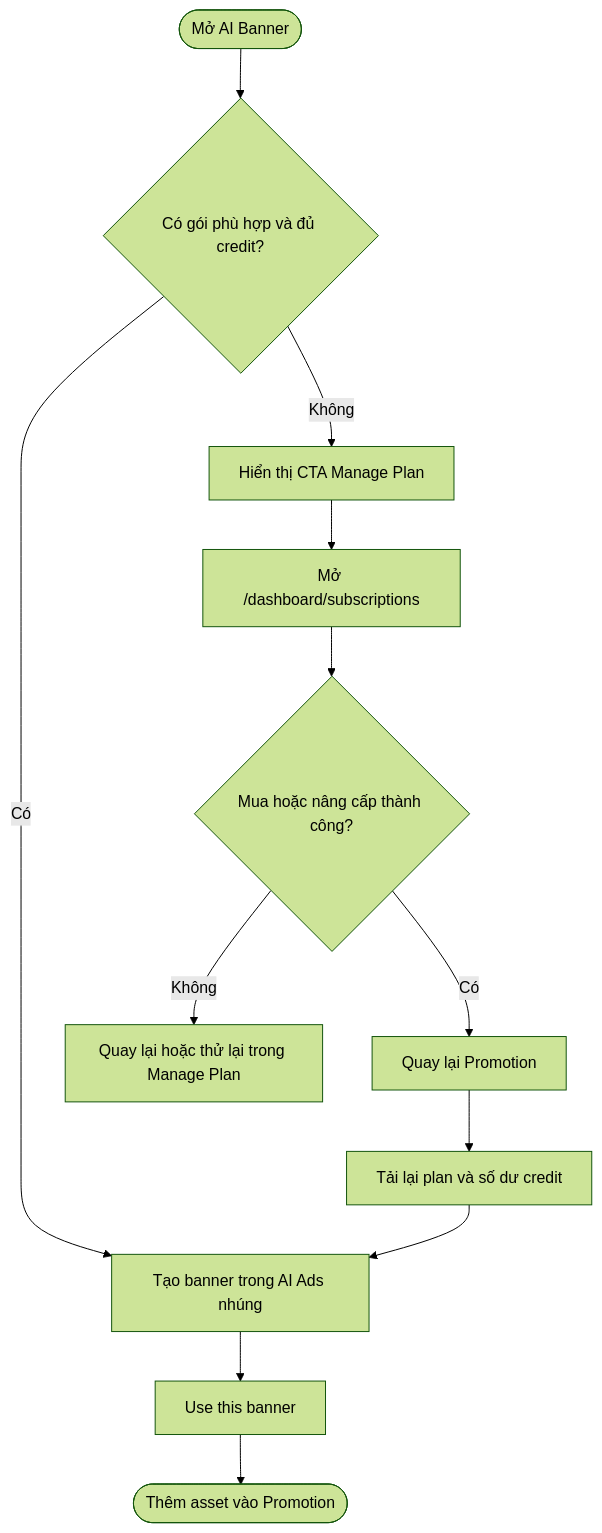
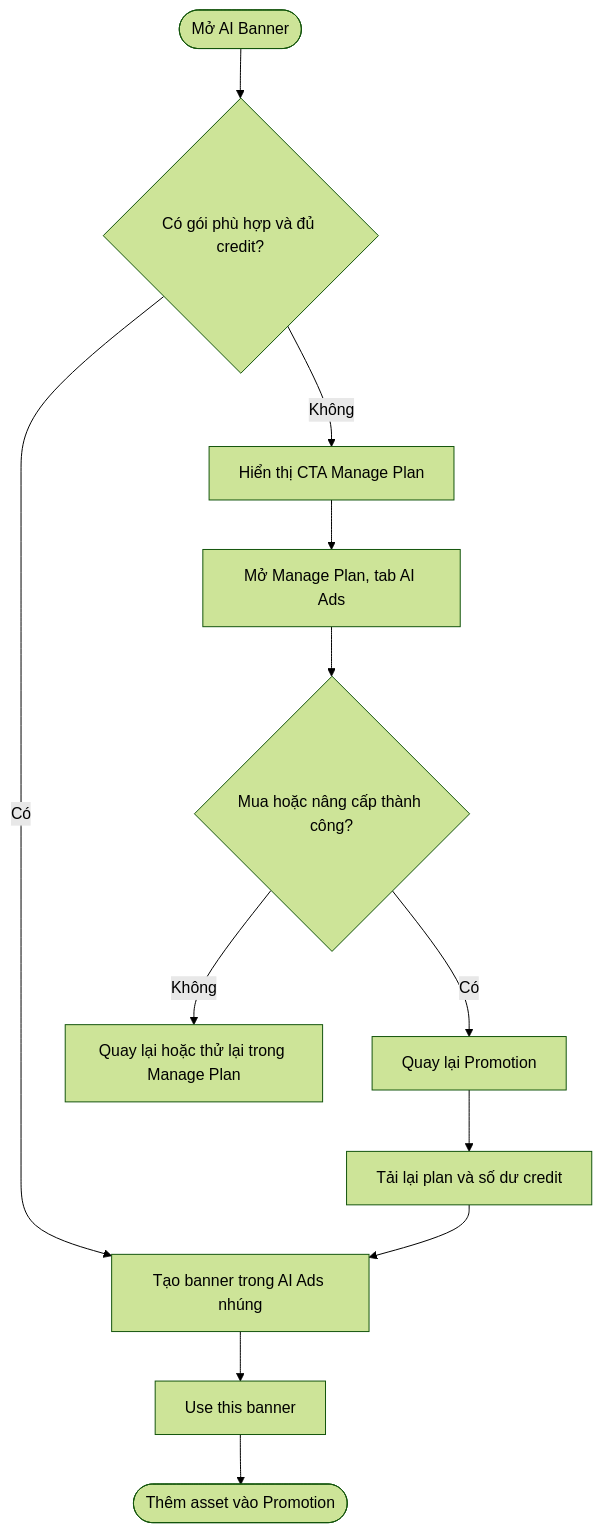
Before and after one commit to vlink-group/VlinkPay: the second of 6 diagrams in nexora/docs/business/promotion-studio-upgrade-analysis.md, drawn with Mermaid (forest theme). The commit also changed other lines of this file, not shown here.

Commit message:
docs: define AI Ads plan management tab

````diff
--- a/nexora/docs/business/promotion-studio-upgrade-analysis.md
+++ b/nexora/docs/business/promotion-studio-upgrade-analysis.md
@@ -288,14 +329,14 @@
 ```mermaid
 flowchart TD
     A([Mở AI Banner]) --> B{Có gói phù hợp và đủ credit?}
     B -- Có --> C[Tạo banner trong AI Ads nhúng]
     B -- Không --> D[Hiển thị CTA Manage Plan]
-    D --> E[Mở /dashboard/subscriptions]
+    D --> E[Mở Manage Plan, tab AI Ads]
     E --> F{Mua hoặc nâng cấp thành công?}
     F -- Không --> G[Quay lại hoặc thử lại trong Manage Plan]
     F -- Có --> H[Quay lại Promotion]
     H --> I[Tải lại plan và số dư credit]
     I --> C
     C --> J[Use this banner]
     J --> K([Thêm asset vào Promotion])
 ```
````
